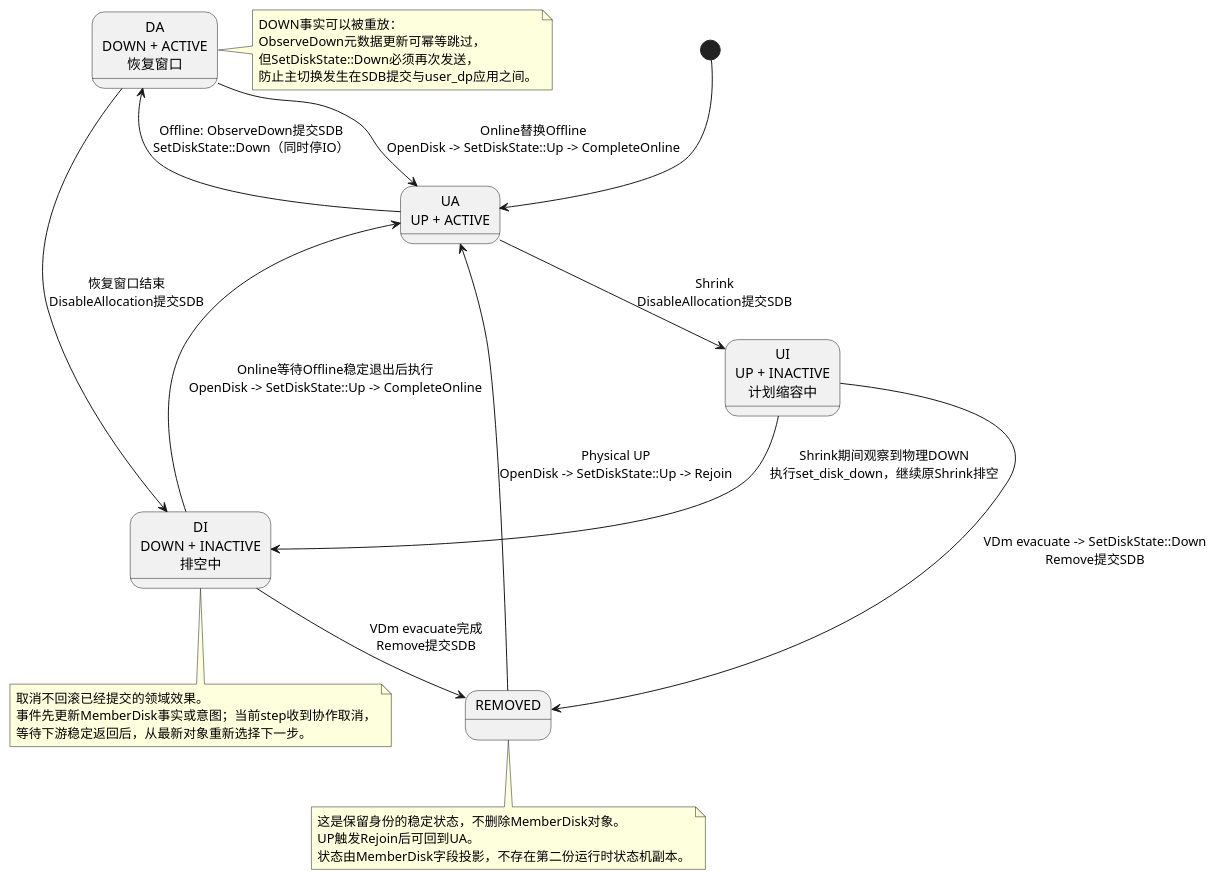
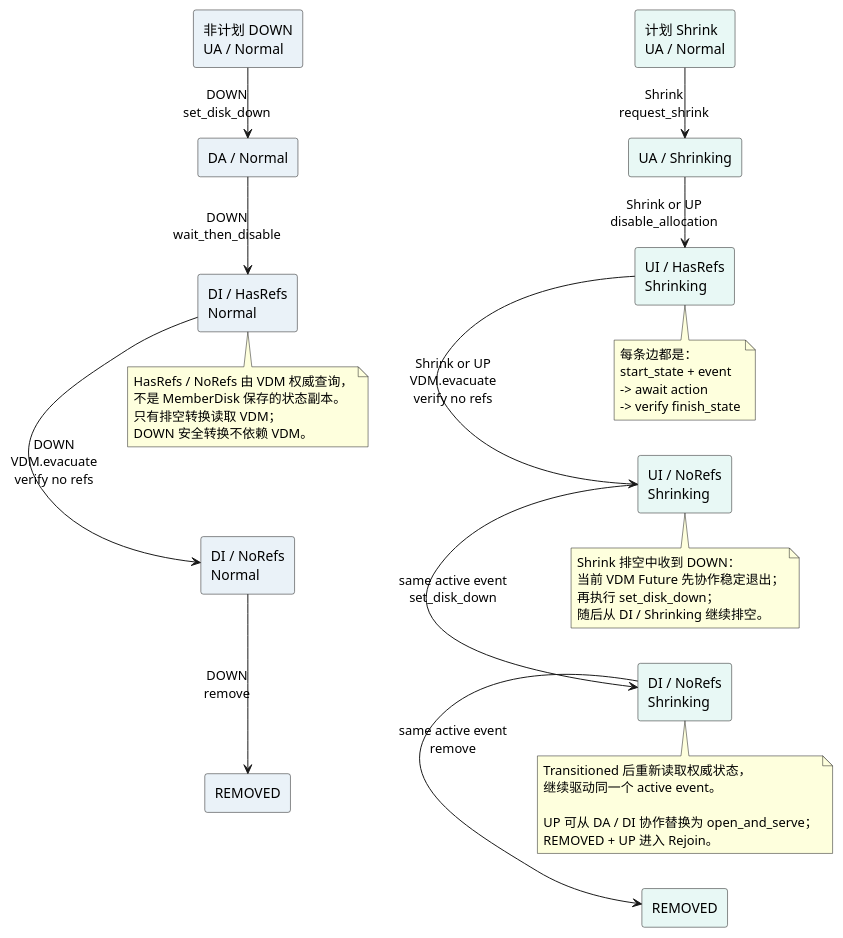
The diagram in docs/diagrams/disk-isolation-cancellation.puml (limushu/runtime), drawn with PlantUML before and after one commit. The commit also changed 21 other files, not shown here.

Commit message:
refactor: make member disk transitions explicit

```diff
--- a/docs/diagrams/disk-isolation-cancellation.puml
+++ b/docs/diagrams/disk-isolation-cancellation.puml
@@ -1,43 +1,66 @@
 @startuml
 skinparam backgroundColor white
 skinparam defaultFontName "Microsoft YaHei"
 skinparam shadowing false
+skinparam componentStyle rectangle
+left to right direction
 
-state "UA\nUP + ACTIVE" as UA
-state "DA\nDOWN + ACTIVE\n恢复窗口" as DA
-state "DI\nDOWN + INACTIVE\n排空中" as DI
-state "UI\nUP + INACTIVE\n计划缩容中" as UI
-state "REMOVED" as Removed
+rectangle "非计划 DOWN\nUA / Normal" as O_UA #EAF2F8
+rectangle "DA / Normal" as O_DA #EAF2F8
+rectangle "DI / HasRefs\nNormal" as O_DI_R #EAF2F8
+rectangle "DI / NoRefs\nNormal" as O_DI_E #EAF2F8
+rectangle "REMOVED" as O_REMOVED #EAF2F8
 
-[*] --> UA
-UA --> DA : Offline: ObserveDown提交SDB\nSetDiskState::Down（同时停IO）
-DA --> DI : 恢复窗口结束\nDisableAllocation提交SDB
-DI --> Removed : VDm evacuate完成\nRemove提交SDB
+O_UA -right-> O_DA : DOWN\nset_disk_down
+O_DA -right-> O_DI_R : DOWN\nwait_then_disable
+O_DI_R -right-> O_DI_E : DOWN\nVDM.evacuate\nverify no refs
+O_DI_E -right-> O_REMOVED : DOWN\nremove
 
-DA --> UA : Online替换Offline\nOpenDisk -> SetDiskState::Up -> CompleteOnline
-DI --> UA : Online等待Offline稳定退出后执行\nOpenDisk -> SetDiskState::Up -> CompleteOnline
+rectangle "计划 Shrink\nUA / Normal" as S_UA #E8F8F5
+rectangle "UA / Shrinking" as S_UA_S #E8F8F5
+rectangle "UI / HasRefs\nShrinking" as S_UI_R #E8F8F5
+rectangle "UI / NoRefs\nShrinking" as S_UI_E #E8F8F5
+rectangle "DI / NoRefs\nShrinking" as S_DI_E #E8F8F5
+rectangle "REMOVED" as S_REMOVED #E8F8F5
 
-UA --> UI : Shrink\nDisableAllocation提交SDB
-UI --> Removed : VDm evacuate -> SetDiskState::Down\nRemove提交SDB
-UI --> DI : Shrink期间观察到物理DOWN\n执行set_disk_down，继续原Shrink排空
-Removed --> UA : Physical UP\nOpenDisk -> SetDiskState::Up -> Rejoin
+S_UA -right-> S_UA_S : Shrink\nrequest_shrink
+S_UA_S -right-> S_UI_R : Shrink or UP\ndisable_allocation
+S_UI_R -right-> S_UI_E : Shrink or UP\nVDM.evacuate\nverify no refs
+S_UI_E -right-> S_DI_E : same active event\nset_disk_down
+S_DI_E -right-> S_REMOVED : same active event\nremove
 
-note right of DA
-DOWN事实可以被重放：
-ObserveDown元数据更新可幂等跳过，
-但SetDiskState::Down必须再次发送，
-防止主切换发生在SDB提交与user_dp应用之间。
+O_UA -[hidden]down-> S_UA
+O_DA -[hidden]down-> S_UA_S
+O_DI_R -[hidden]down-> S_UI_R
+O_DI_E -[hidden]down-> S_UI_E
+O_REMOVED -[hidden]down-> S_REMOVED
+
+note bottom of O_DI_R
+HasRefs / NoRefs 由 VDM 权威查询，
+不是 MemberDisk 保存的状态副本。
+只有排空转换读取 VDM；
+DOWN 安全转换不依赖 VDM。
 end note
 
-note bottom of DI
-取消不回滚已经提交的领域效果。
-事件先更新MemberDisk事实或意图；当前step收到协作取消，
-等待下游稳定返回后，从最新对象重新选择下一步。
+note bottom of S_UI_R
+每条边都是：
+start_state + event
+-> await action
+-> verify finish_state
 end note
 
-note bottom of Removed
-这是保留身份的稳定状态，不删除MemberDisk对象。
-UP触发Rejoin后可回到UA。
-状态由MemberDisk字段投影，不存在第二份运行时状态机副本。
+note bottom of S_UI_E
+Shrink 排空中收到 DOWN：
+当前 VDM Future 先协作稳定退出；
+再执行 set_disk_down；
+随后从 DI / Shrinking 继续排空。
+end note
+
+note bottom of S_DI_E
+Transitioned 后重新读取权威状态，
+继续驱动同一个 active event。
+
+UP 可从 DA / DI 协作替换为 open_and_serve；
+REMOVED + UP 进入 Rejoin。
 end note
 @enduml
```
